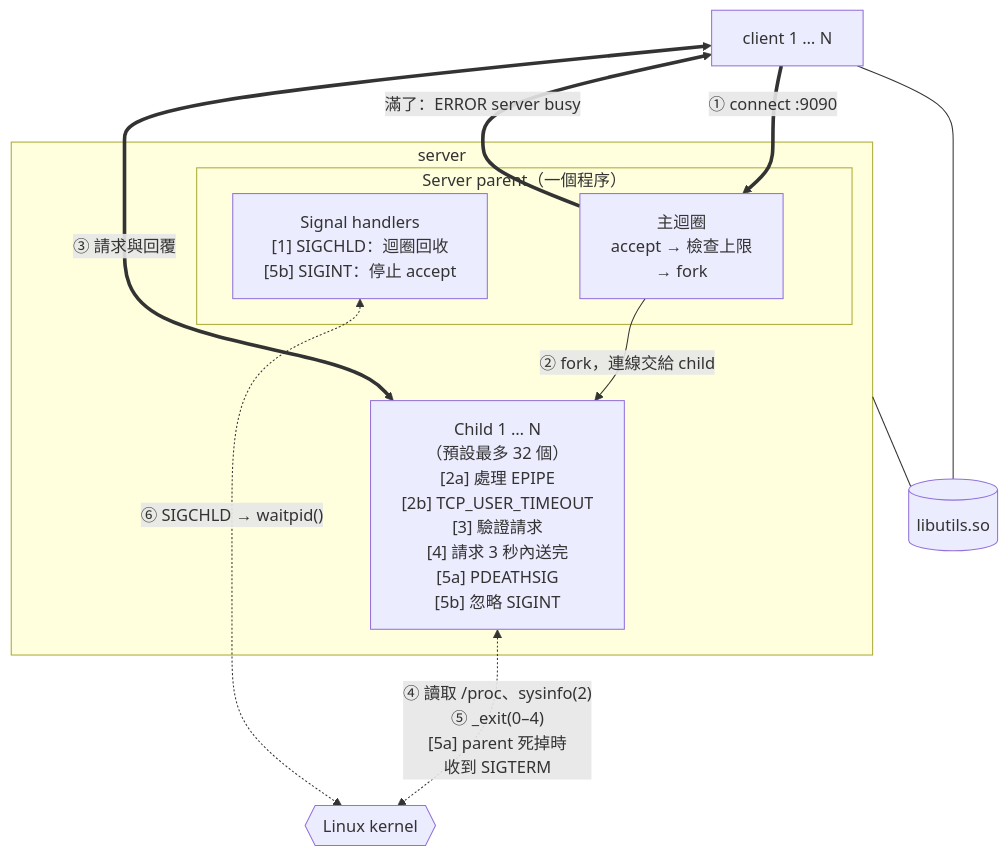
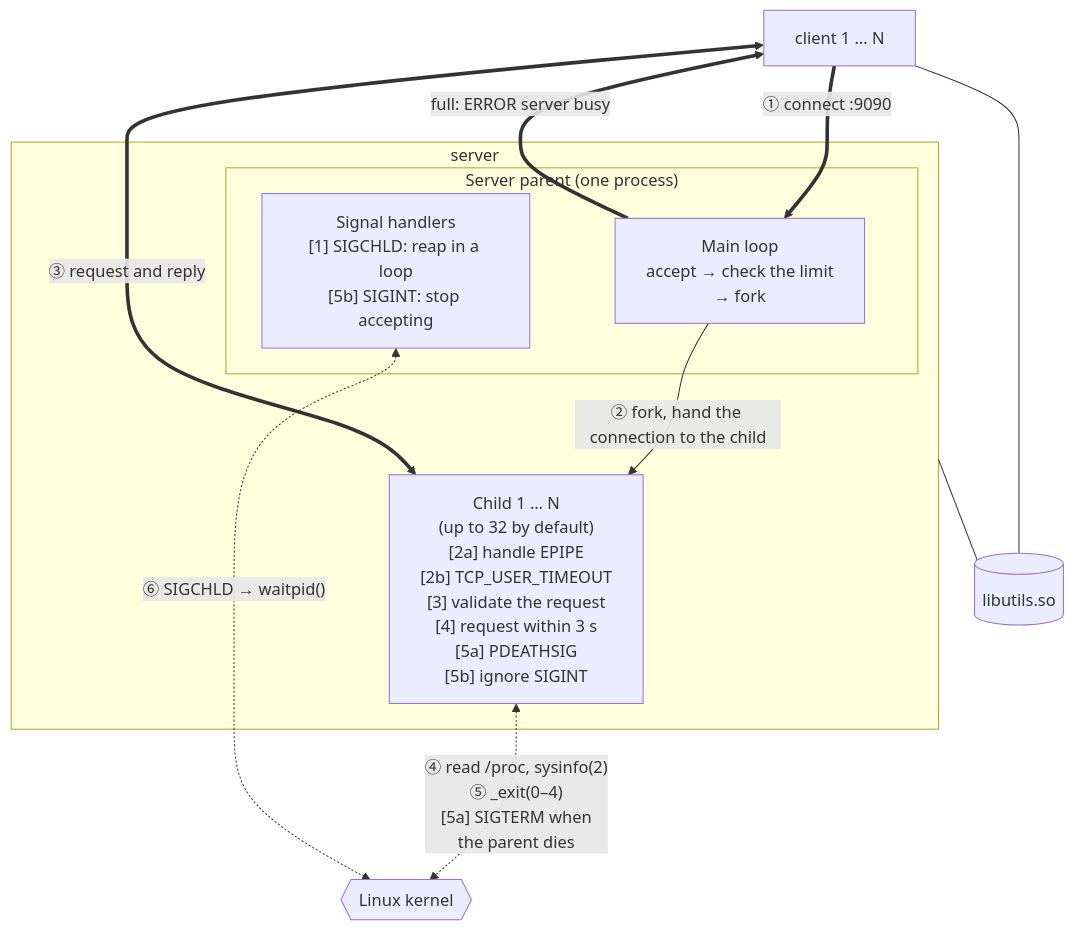
One commit to t115ab8044/NP_SysInfo changed the first of 2 diagrams in docs/system-design.md. Above: the diagram before and after it, drawn with Mermaid. The commit also changed other lines of this file and 3 other files, not shown here.

````diff
--- a/docs/system-design.md
+++ b/docs/system-design.md
@@ -21,22 +21,22 @@
 ```mermaid
 flowchart TD
     C["client 1 … N"]
     subgraph SRV["server"]
-        subgraph P["Server parent（一個程序）"]
-            A["主迴圈<br/>accept → 檢查上限<br/>→ fork"]
-            H["Signal handlers<br/>[1] SIGCHLD：迴圈回收<br/>[5b] SIGINT：停止 accept"]
+        subgraph P["Server parent (one process)"]
+            A["Main loop<br/>accept → check the limit<br/>→ fork"]
+            H["Signal handlers<br/>[1] SIGCHLD: reap in a loop<br/>[5b] SIGINT: stop accepting"]
         end
-        K["Child 1 … N<br/>（預設最多 32 個）<br/>[2a] 處理 EPIPE<br/>[2b] TCP_USER_TIMEOUT<br/>[3] 驗證請求<br/>[4] 請求 3 秒內送完<br/>[5a] PDEATHSIG<br/>[5b] 忽略 SIGINT"]
+        K["Child 1 … N<br/>(up to 32 by default)<br/>[2a] handle EPIPE<br/>[2b] TCP_USER_TIMEOUT<br/>[3] validate the request<br/>[4] request within 3 s<br/>[5a] PDEATHSIG<br/>[5b] ignore SIGINT"]
     end
     OS{{"Linux kernel"}}
     SO[("libutils.so")]
 
     C ==>|"① connect :9090"| A
-    A ==>|"滿了：ERROR server busy"| C
-    A -->|"② fork，連線交給 child"| K
-    C <==>|"③ 請求與回覆"| K
-    K <-.->|"④ 讀取 /proc、sysinfo(2)<br/>⑤ _exit(0–4)<br/>[5a] parent 死掉時<br/>收到 SIGTERM"| OS
+    A ==>|"full: ERROR server busy"| C
+    A -->|"② fork, hand the connection to the child"| K
+    C <==>|"③ request and reply"| K
+    K <-.->|"④ read /proc, sysinfo(2)<br/>⑤ _exit(0–4)<br/>[5a] SIGTERM when<br/>the parent dies"| OS
     H <-.->|"⑥ SIGCHLD → waitpid()"| OS
     C --- SO
     SRV --- SO
 ```
````
